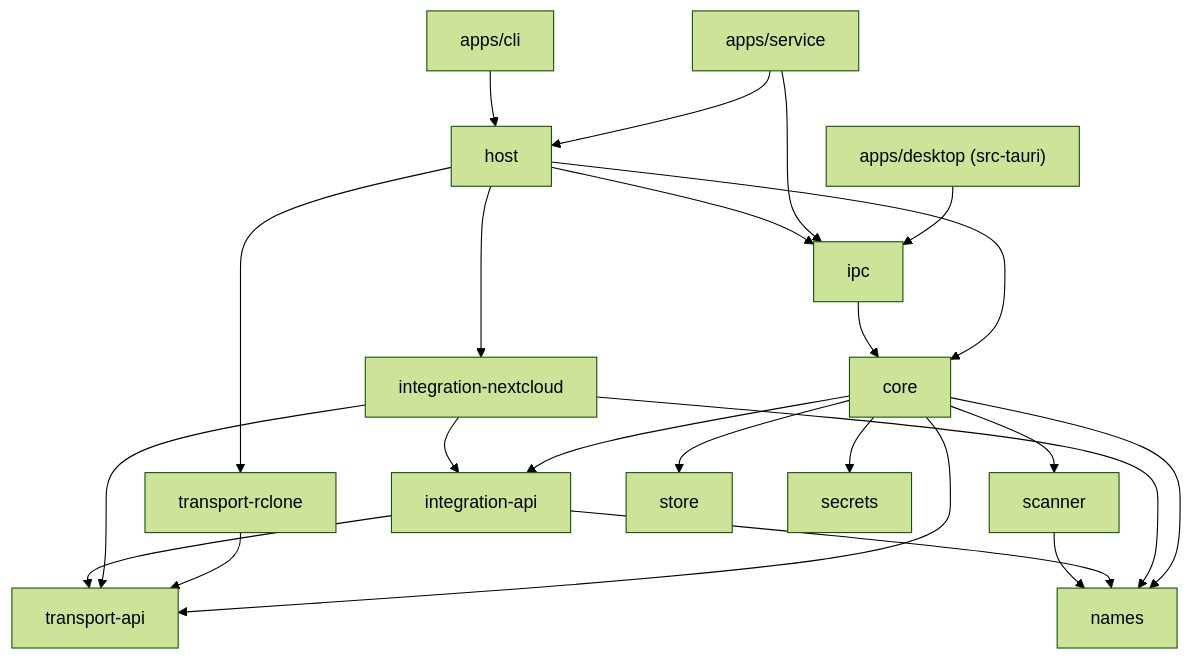
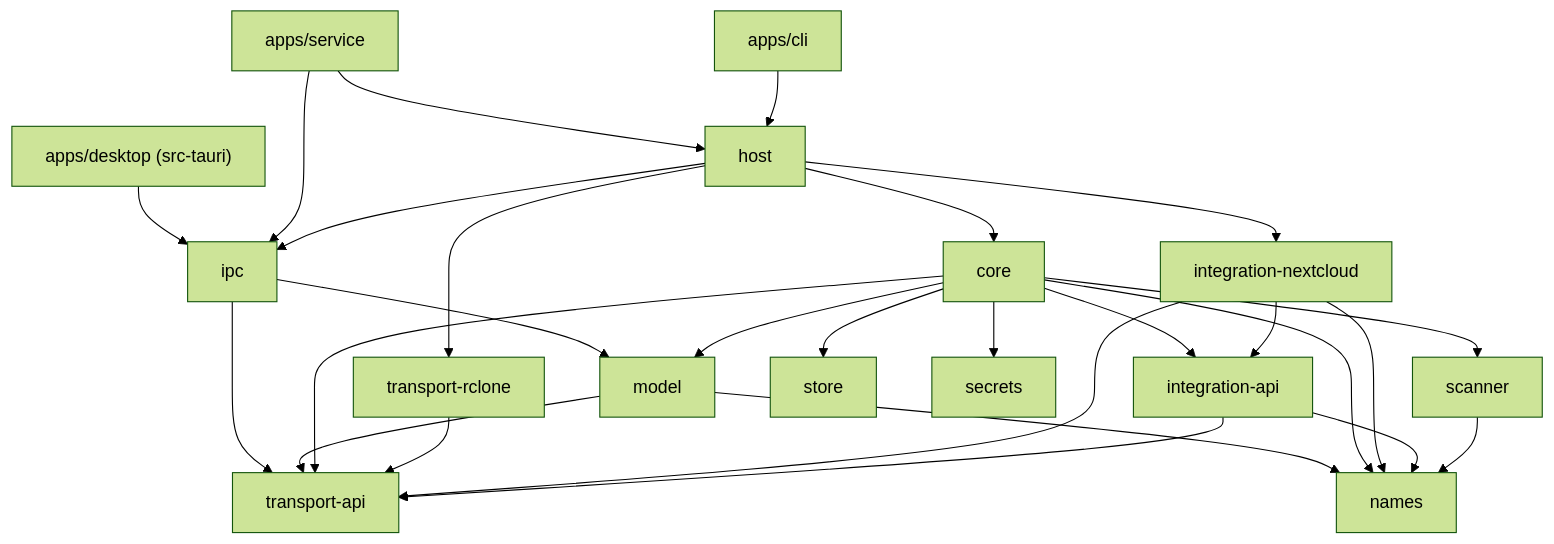
One commit to nevespvasco/filebridge changed the diagram in docs/08-repository-structure.md. Above: the diagram before and after it, drawn with Mermaid (forest theme). The commit also changed other lines of this file and 24 other files, not shown here.

First line of the commit message:
model: the types the UI and the service share; ipc no longer depends on core

````diff
--- a/docs/08-repository-structure.md
+++ b/docs/08-repository-structure.md
@@ -36,25 +37,29 @@
 ```mermaid
 flowchart TB
     desktop["apps/desktop (src-tauri)"] --> ipc
     service["apps/service"] --> ipc
     service --> host
     cli["apps/cli"] --> host
     host --> core
     host --> ipc
     host --> trc["transport-rclone"]
     host --> inc["integration-nextcloud"]
-    ipc --> core
+    ipc --> model
+    ipc --> tapi
+    core --> model
+    model --> tapi
+    model --> names
     core --> tapi["transport-api"]
     core --> iapi["integration-api"]
     core --> names
     core --> scanner
     core --> store
     core --> secrets
     trc --> tapi
     inc --> iapi
     inc --> tapi
     inc --> names
     iapi --> tapi
     iapi --> names
     scanner --> names
 ```
````
